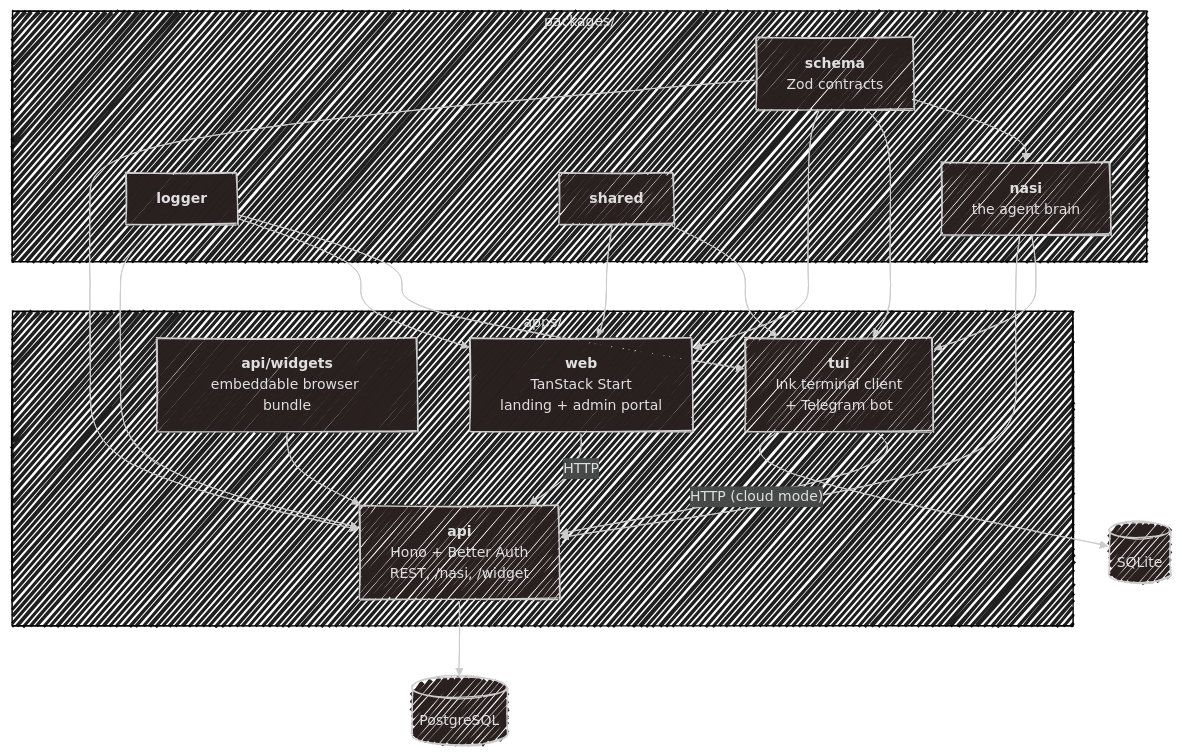
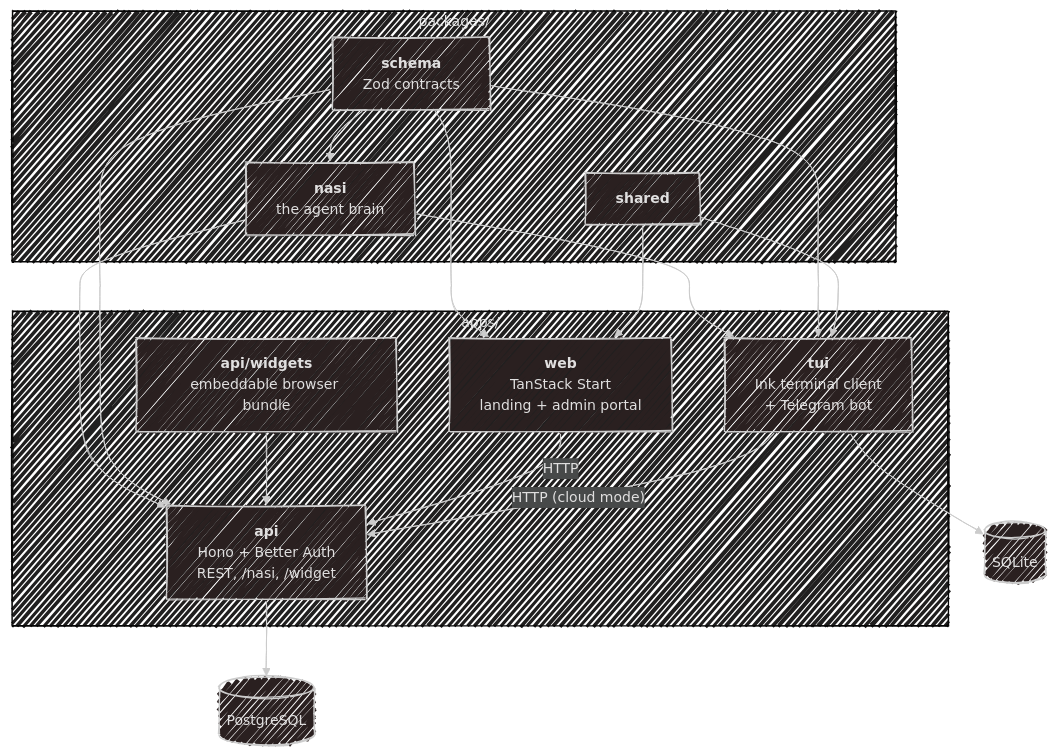
Before and after one commit to SubZtep/kaja: the diagram in docs/development.md, drawn with Mermaid. The commit also changed other lines of this file and 304 other files, not shown here.

````diff
--- a/docs/development.md
+++ b/docs/development.md
@@ -14,39 +14,35 @@
 ```mermaid
 ---
 config:
   look: handDrawn
   theme: neo-dark
 ---
 flowchart TD
     subgraph Apps["apps/"]
         API["<b>api</b><br>Hono + Better Auth<br>REST, /nasi, /widget"]
         WEB["<b>web</b><br>TanStack Start<br>landing + admin portal"]
         TUI["<b>tui</b><br>Ink terminal client<br>+ Telegram bot"]
         WID["<b>api/widgets</b><br>embeddable browser bundle"]
     end
     subgraph Pkgs["packages/"]
         NASI["<b>nasi</b><br>the agent brain"]
         SCH["<b>schema</b><br>Zod contracts"]
-        LOG["<b>logger</b>"]
         SHR["<b>shared</b>"]
     end
     DB[("PostgreSQL")]
     SQL[("SQLite")]
 
     NASI --> API
     NASI --> TUI
     SCH --> API
     SCH --> WEB
     SCH --> TUI
     SCH --> NASI
-    LOG --> API
-    LOG --> WEB
-    LOG --> TUI
     SHR --> WEB
     SHR --> TUI
     WID --> API
     API --> DB
     TUI --> SQL
     WEB -->|HTTP| API
     TUI -->|"HTTP (cloud mode)"| API
 ```
````
